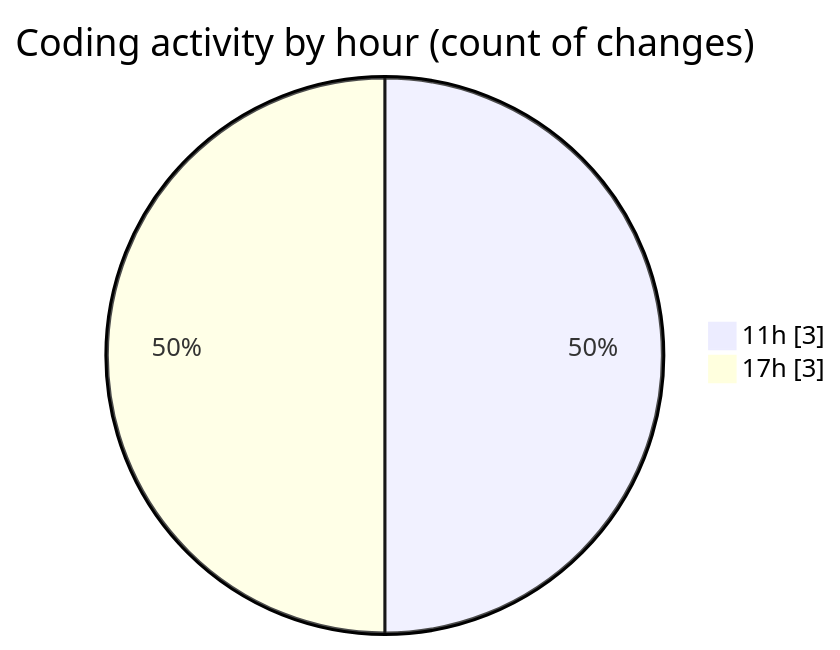
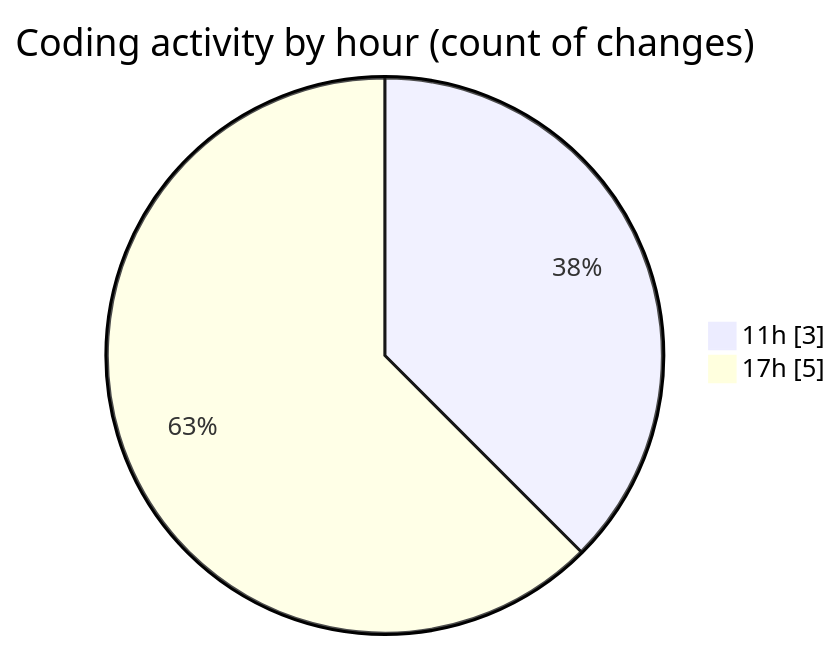
The second of 2 diagrams in 2025-02-05/react/README.md (Elitesun/code-tracking), drawn with Mermaid before and after one commit. The commit also changed other lines of this file and 1 other file, not shown here.

````diff
--- a/2025-02-05/react/README.md
+++ b/2025-02-05/react/README.md
@@ -32,6 +33,6 @@
 ```mermaid
 pie showData
 title Coding activity by hour (count of changes)
 "11h" : 3
-"17h" : 3
+"17h" : 5
 ```
````
